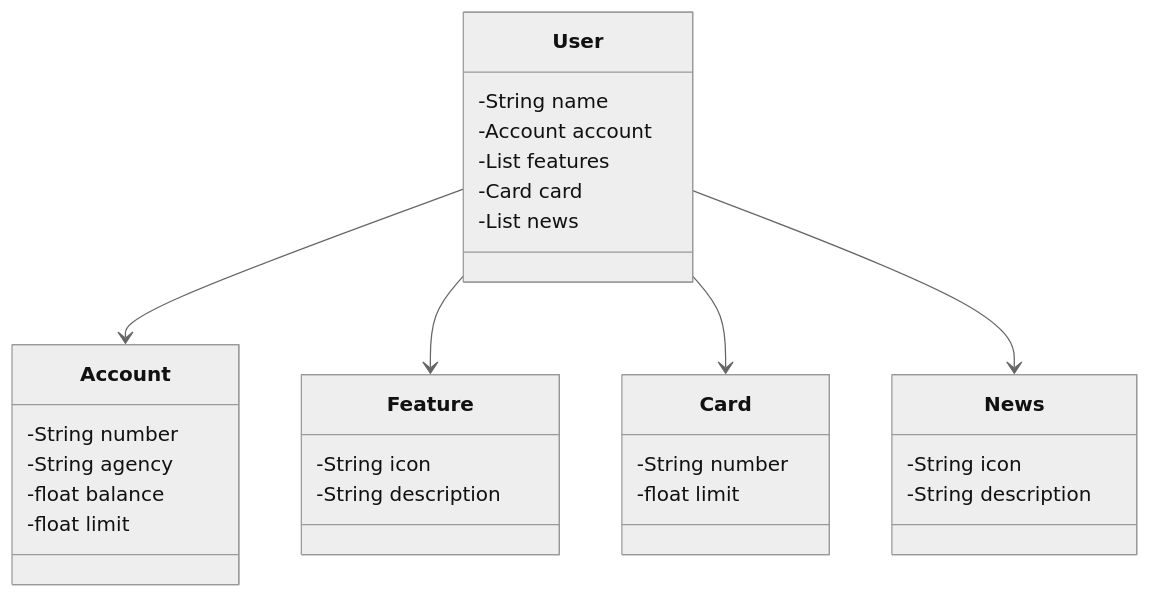
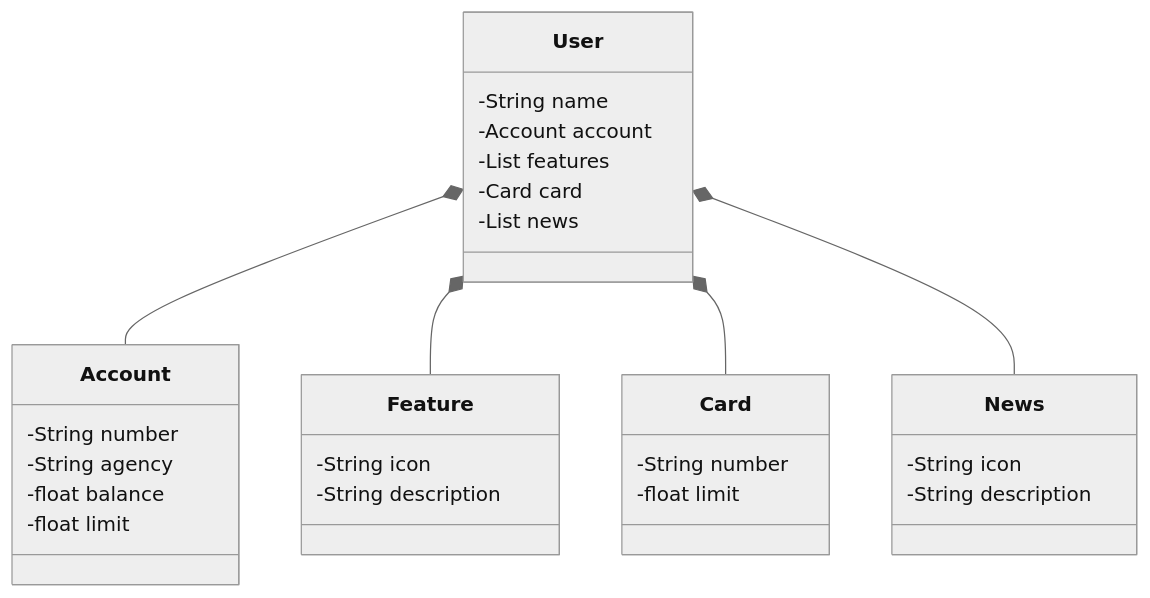
Before and after one commit to Namibo06/api_restfull_springboot_dio: the diagram in README.md, drawn with Mermaid (neutral theme).

````diff
--- a/README.md
+++ b/README.md
@@ -2,37 +2,37 @@
 ``` mermaid
 classDiagram
     class User {
         -String name
         -Account account
         -List<Feature> features
         -Card card
         -List<News> news
     }
 
     class Account {
         -String number
         -String agency
         -float balance
         -float limit
     }
 
     class Feature {
         -String icon
         -String description
     }
 
     class Card {
         -String number
         -float limit
     }
 
     class News {
         -String icon
         -String description
     }
 
-    User --> Account
-    User --> Feature
-    User --> Card
-    User --> News
+    User *-- Account
+    User *-- Feature
+    User *-- Card
+    User *-- News
 ```
````
